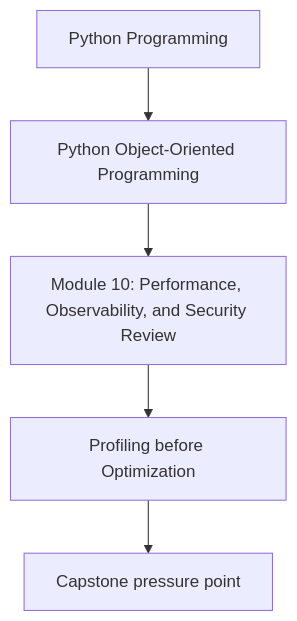
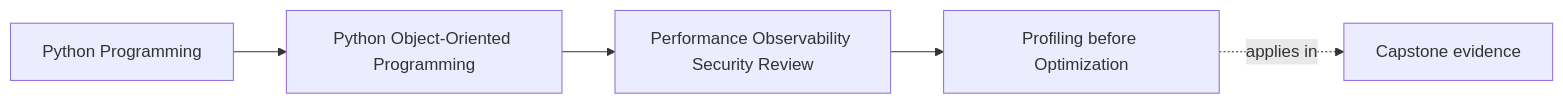
The first of 2 diagrams in programs/python-programming/python-object-oriented-programming/course-book/module-10-performance-observability-security-review/profiling-before-optimization.md (bijux/bijux-masterclass), drawn with Mermaid before and after one commit. The commit also changed other lines of this file and 103 other files, not shown here.

Commit message:
docs(python-object-oriented-programming): map sustainment and capstone surfaces

````diff
--- a/programs/python-programming/python-object-oriented-programming/course-book/module-10-performance-observability-security-review/profiling-before-optimization.md
+++ b/programs/python-programming/python-object-oriented-programming/course-book/module-10-performance-observability-security-review/profiling-before-optimization.md
@@ -7,7 +7,11 @@
 ```mermaid
-flowchart TD
-  family["Python Programming"] --> program["Python Object-Oriented Programming"]
-  program --> module["Module 10: Performance, Observability, and Security Review"]
-  module --> concept["Profiling before Optimization"]
-  concept --> capstone["Capstone pressure point"]
+graph LR
+  family["Python Programming"]
+  program["Python Object-Oriented Programming"]
+  section["Performance Observability Security Review"]
+  page["Profiling before Optimization"]
+  capstone["Capstone evidence"]
+
+  family --> program --> section --> page
+  page -.applies in.-> capstone
 ```
````
